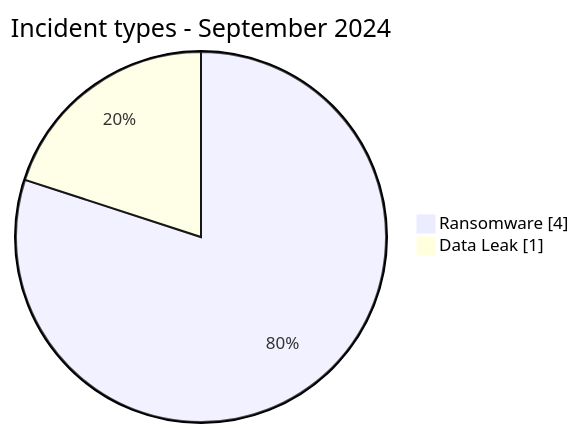
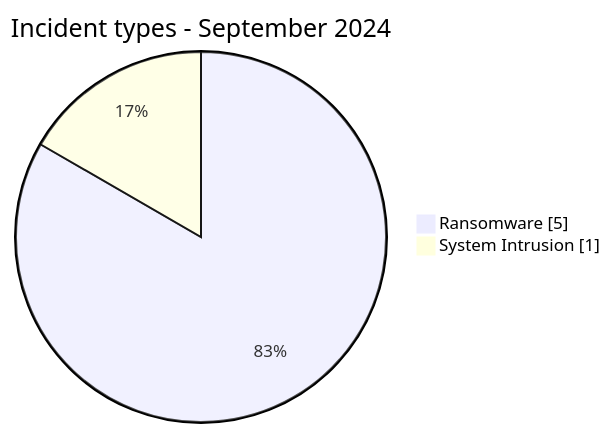
Before and after one commit to Hatchepsoute/AFRINTEL: the first of 2 diagrams in CyberAttackAfrica/2024/09-september/README.md, drawn with Mermaid. The commit also changed other lines of this file and 66 other files, not shown here.

````diff
--- a/CyberAttackAfrica/2024/09-september/README.md
+++ b/CyberAttackAfrica/2024/09-september/README.md
@@ -56,6 +51,6 @@
 ```mermaid
 pie showData
     title Incident types - September 2024
-    "Ransomware" : 4
-    "Data Leak" : 1
+    "Ransomware" : 5
+    "System Intrusion" : 1
 ```
````
